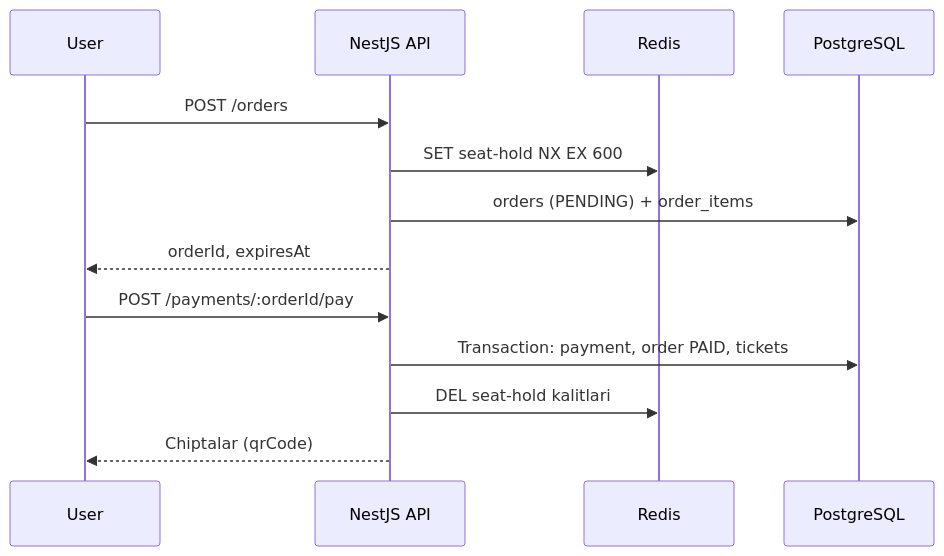
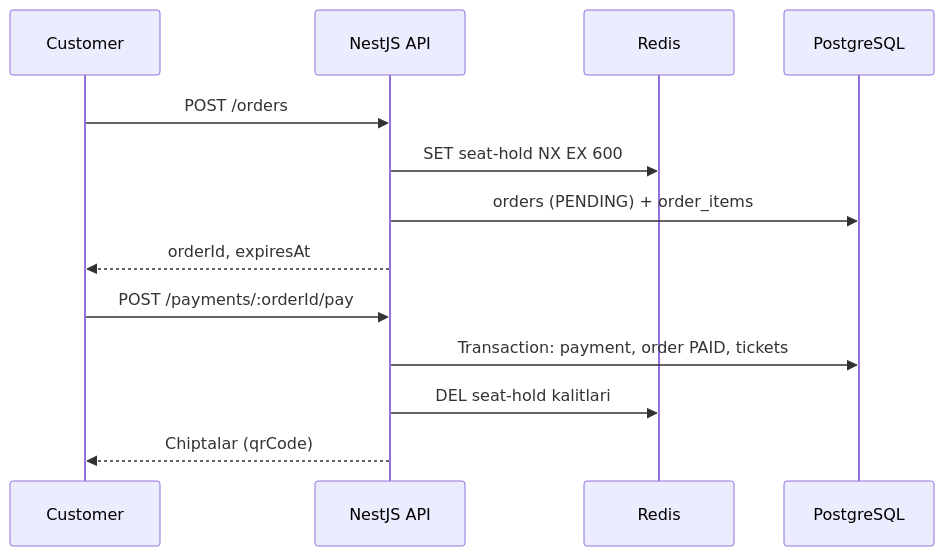
Before and after one commit to Abubakir20/myticket: the diagram in docs/Texnik-topshiriq.md, drawn with Mermaid. The commit also changed other lines of this file and 14 other files, not shown here.

Commit message:
Tz, db.dbml va schema.prisma o'zgardi

````diff
--- a/docs/Texnik-topshiriq.md
+++ b/docs/Texnik-topshiriq.md
@@ -156,15 +172,15 @@
 ```mermaid
 sequenceDiagram
-    participant U as User
+    participant U as Customer
     participant API as NestJS API
     participant R as Redis
     participant DB as PostgreSQL
     U->>API: POST /orders
     API->>R: SET seat-hold NX EX 600
     API->>DB: orders (PENDING) + order_items
     API-->>U: orderId, expiresAt
     U->>API: POST /payments/:orderId/pay
     API->>DB: Transaction: payment, order PAID, tickets
     API->>R: DEL seat-hold kalitlari
     API-->>U: Chiptalar (qrCode)
 ```
````
